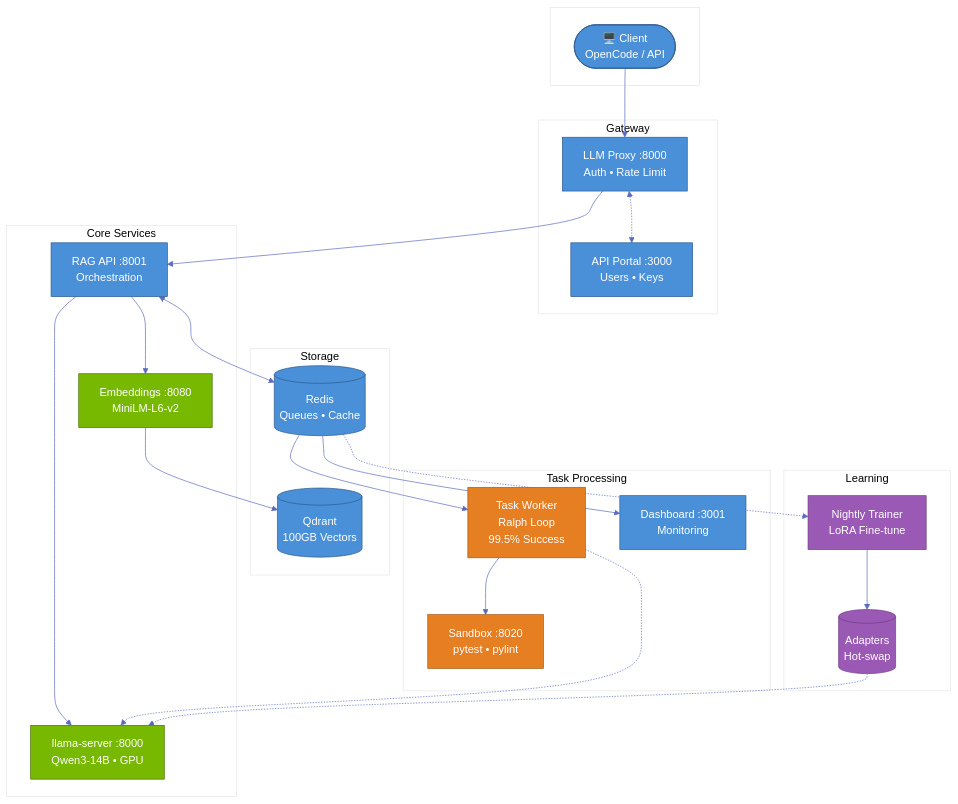
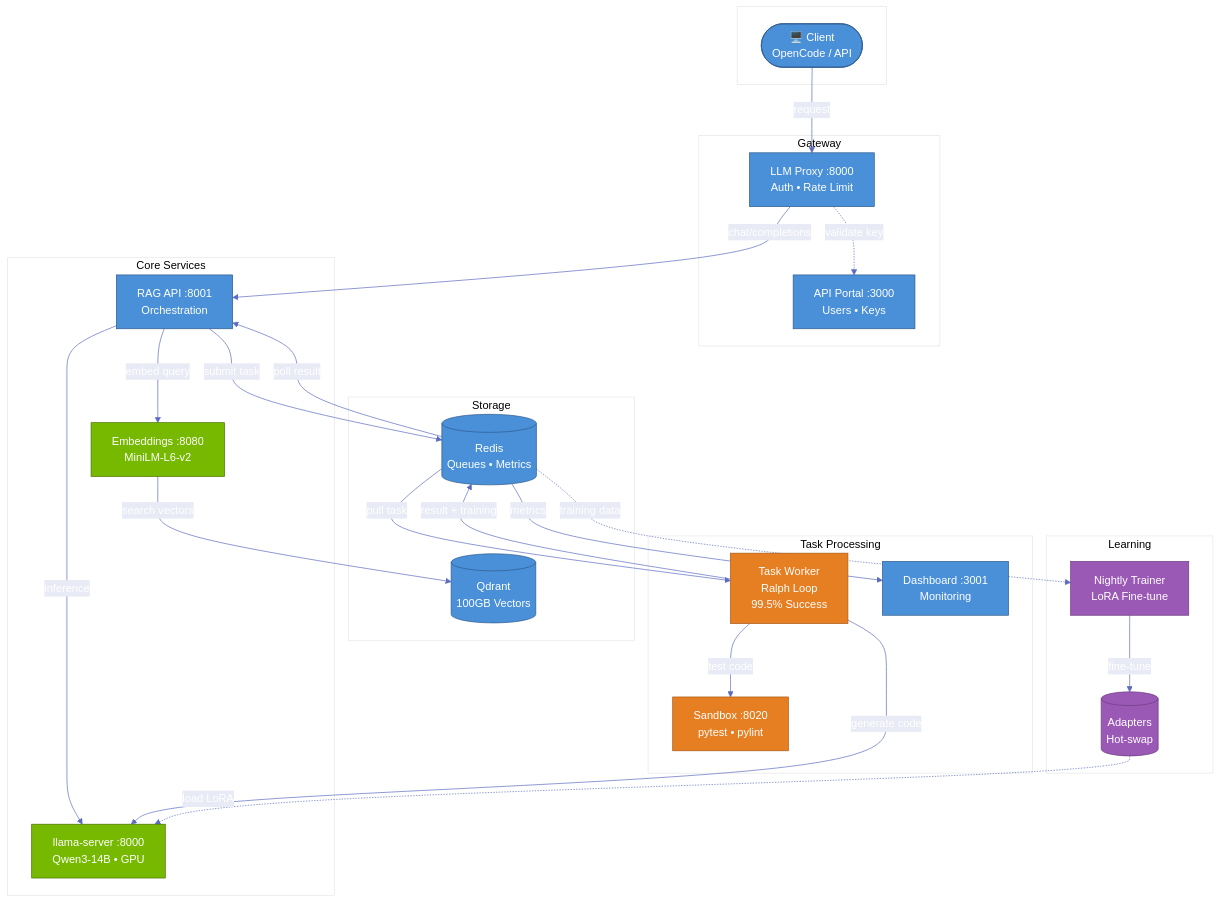
The diagram in README.md (itigges22/ATLAS), drawn with Mermaid before and after one commit. The commit also changed 1 other file, not shown here.

Commit message:
docs: Fix architecture diagram connections and data flows
- Add missing llama-server connections from RAG API and Task Worker
- Add task submission flow through Redis queues
- Add training pipeline: Redis → Trainer → Adapters → llama-server
- Add LLM Proxy ↔ API Portal key validation
- Add Dashboard ← Redis metrics connection
- Add arrow labels for data flow clarity

````diff
--- a/README.md
+++ b/README.md
@@ -38,51 +38,53 @@
 ```mermaid
 %%{init: {'theme': 'base', 'themeVariables': { 'primaryColor': '#4A90D9', 'primaryTextColor': '#fff', 'primaryBorderColor': '#2E5A8B', 'lineColor': '#5C6BC0', 'secondaryColor': '#E8EAF6', 'tertiaryColor': '#fff'}}}%%
 flowchart TB
     subgraph external[" "]
         client(["🖥️ Client<br/>OpenCode / API"])
     end
     subgraph gateway["Gateway"]
         proxy["LLM Proxy :8000<br/>Auth • Rate Limit"]
         portal["API Portal :3000<br/>Users • Keys"]
     end
     subgraph core["Core Services"]
         rag["RAG API :8001<br/>Orchestration"]
         llama["llama-server :8000<br/>Qwen3-14B • GPU"]
         embed["Embeddings :8080<br/>MiniLM-L6-v2"]
     end
     subgraph data["Storage"]
         qdrant[("Qdrant<br/>100GB Vectors")]
-        redis[("Redis<br/>Queues • Cache")]
+        redis[("Redis<br/>Queues • Metrics")]
     end
     subgraph atlas["Task Processing"]
         worker["Task Worker<br/>Ralph Loop<br/>99.5% Success"]
         sandbox["Sandbox :8020<br/>pytest • pylint"]
         dash["Dashboard :3001<br/>Monitoring"]
     end
     subgraph learn["Learning"]
         trainer["Nightly Trainer<br/>LoRA Fine-tune"]
         lora[("Adapters<br/>Hot-swap")]
     end
-    client --> proxy
-    proxy <-.-> portal
-    proxy --> rag
-    rag --> llama
-    rag --> embed
-    embed --> qdrant
-    rag <--> redis
-    redis --> worker
-    worker --> sandbox
-    worker -.-> llama
-    redis --> dash
-    redis -.-> trainer
-    trainer --> lora
-    lora -.-> llama
+    client -->|"request"| proxy
+    proxy -.->|"validate key"| portal
+    proxy -->|"chat/completions"| rag
+    rag -->|"inference"| llama
+    rag -->|"embed query"| embed
+    embed -->|"search vectors"| qdrant
+    rag -->|"submit task"| redis
+    redis -->|"poll result"| rag
+    redis -->|"pull task"| worker
+    worker -->|"test code"| sandbox
+    worker -->|"generate code"| llama
+    worker -->|"result + training"| redis
+    redis -->|"metrics"| dash
+    redis -.->|"training data"| trainer
+    trainer -->|"fine-tune"| lora
+    lora -.->|"load LoRA"| llama
     classDef gpu fill:#76B900,stroke:#4a7200,color:#fff
     classDef storage fill:#4A90D9,stroke:#2E5A8B,color:#fff
     classDef process fill:#E67E22,stroke:#a85a16,color:#fff
     classDef learn fill:#9B59B6,stroke:#6c3d80,color:#fff
     class llama,embed gpu
     class qdrant,redis storage
     class worker,sandbox process
     class trainer,lora learn
 ```
````
